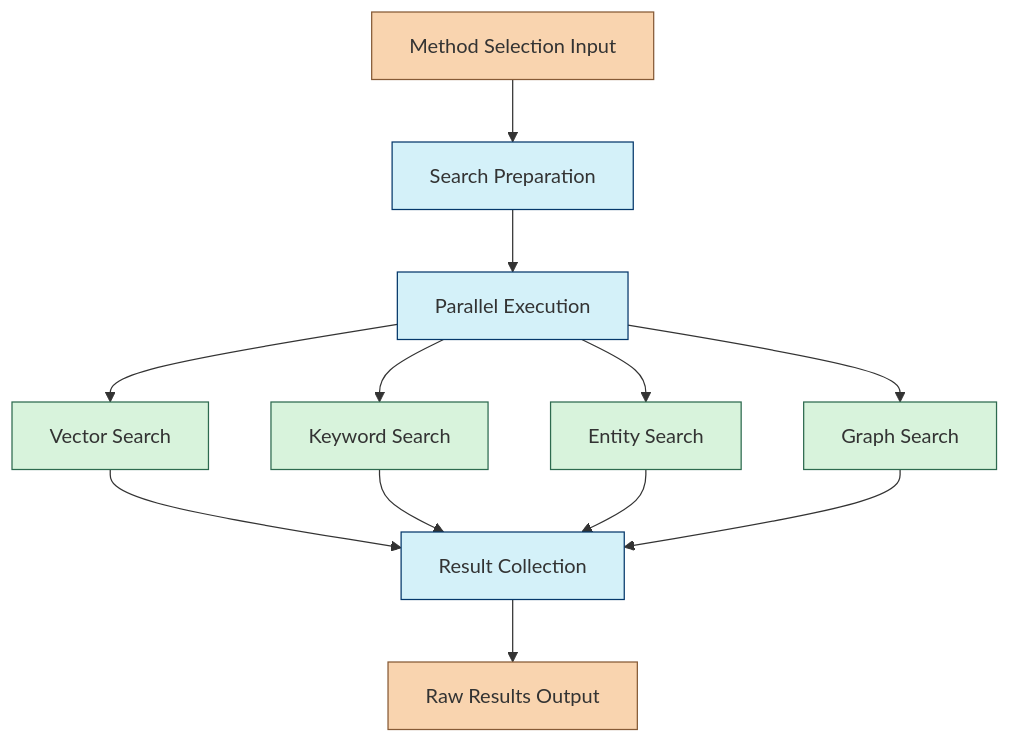
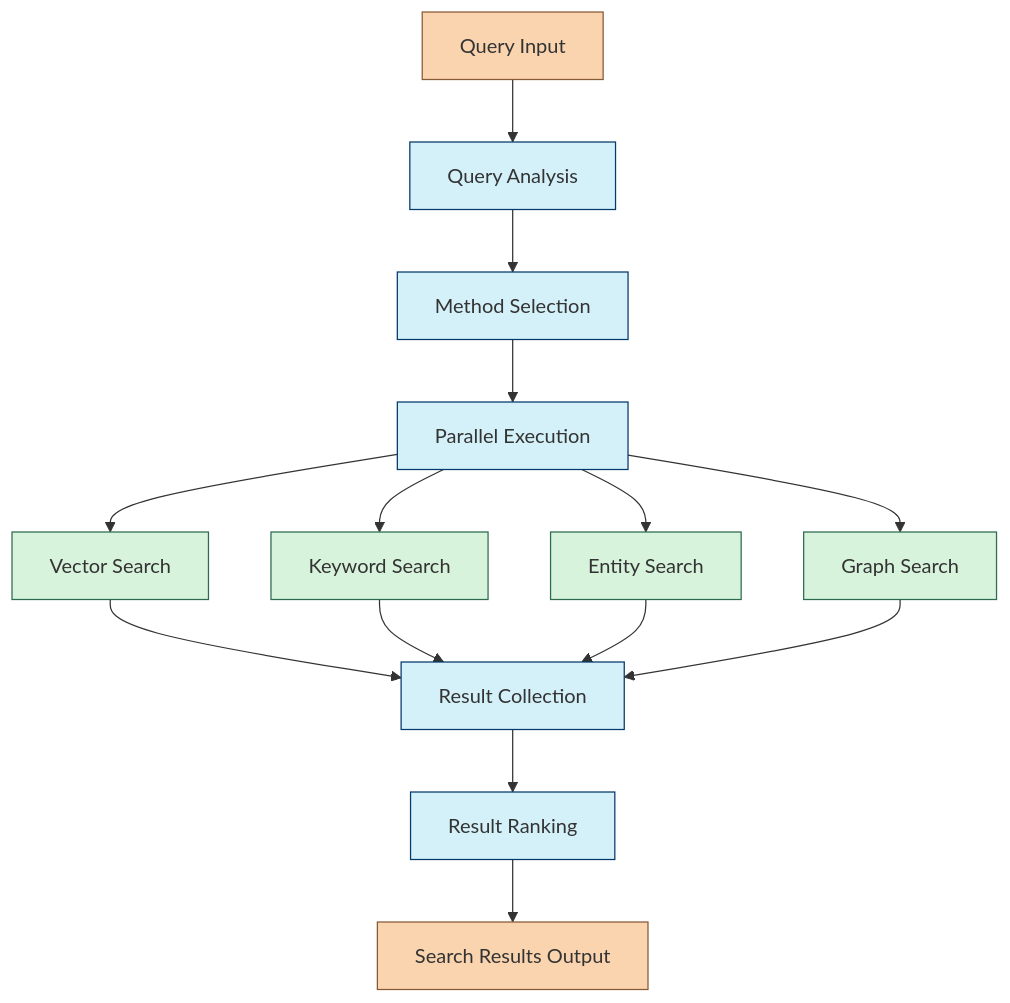
The diagram in src/lib/chains/hybrid-search-chain/README.md (pragyan-xotiv/multi-agentic-rag), drawn with Mermaid before and after one commit. The commit also changed other lines of this file and 4 other files, not shown here.

````diff
--- a/src/lib/chains/hybrid-search-chain/README.md
+++ b/src/lib/chains/hybrid-search-chain/README.md
@@ -18,22 +18,24 @@
 ```mermaid
 graph TD
-    Input[Method Selection Input] --> Preparation[Search Preparation]
-    Preparation --> ParallelExecution[Parallel Execution]
+    Input[Query Input] --> Analysis[Query Analysis]
+    Analysis --> MethodSelection[Method Selection]
+    MethodSelection --> ParallelExecution[Parallel Execution]
     ParallelExecution --> VectorSearch[Vector Search]
     ParallelExecution --> KeywordSearch[Keyword Search]
     ParallelExecution --> EntitySearch[Entity Search]
     ParallelExecution --> GraphSearch[Graph Search]
     VectorSearch --> ResultCollection[Result Collection]
     KeywordSearch --> ResultCollection
     EntitySearch --> ResultCollection
     GraphSearch --> ResultCollection
-    ResultCollection --> Output[Raw Results Output]
+    ResultCollection --> ResultRanking[Result Ranking]
+    ResultRanking --> Output[Search Results Output]
     
     classDef processNode fill:#d4f1f9,stroke:#05386b,stroke-width:1px;
     classDef searchNode fill:#d8f3dc,stroke:#2d6a4f,stroke-width:1px;
     classDef ioNode fill:#f9d4af,stroke:#865a36,stroke-width:1px;
     
-    class Preparation,ParallelExecution,ResultCollection processNode;
+    class Analysis,MethodSelection,ParallelExecution,ResultCollection,ResultRanking processNode;
     class VectorSearch,KeywordSearch,EntitySearch,GraphSearch searchNode;
     class Input,Output ioNode;
 ```
````
